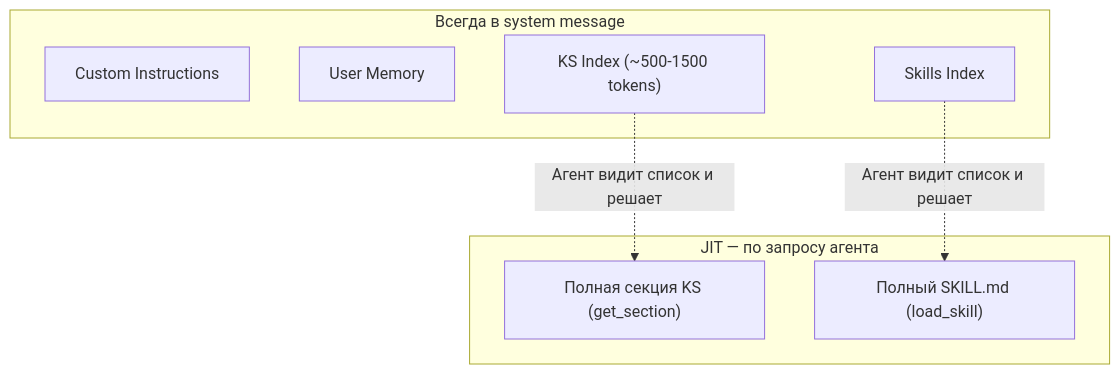
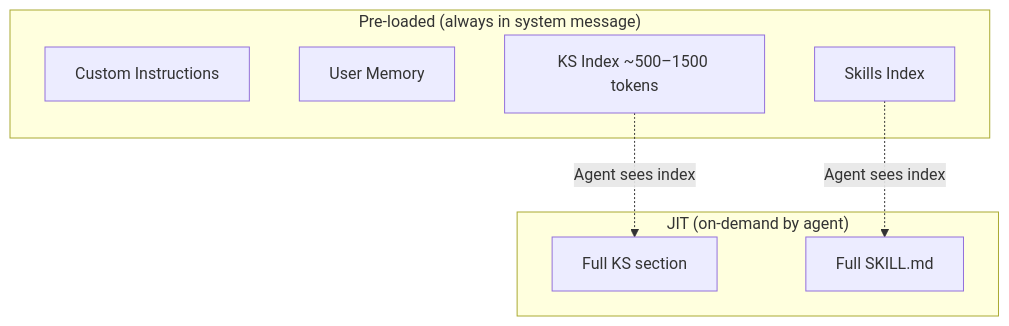
Before and after one commit to Bbar0n234/learnflow-ai: the third of 4 diagrams in doc/tech/agent-runtime.md, drawn with Mermaid. The commit also changed other lines of this file and 2 other files, not shown here.

````diff
--- a/doc/tech/agent-runtime.md
+++ b/doc/tech/agent-runtime.md
@@ -130,17 +130,17 @@
 ```mermaid
 graph TD
-    subgraph "Всегда в system message"
+    subgraph "Pre-loaded (always in system message)"
         CI["Custom Instructions"]
         UM["User Memory"]
-        KSI["KS Index (~500-1500 tokens)"]
+        KSI["KS Index ~500–1500 tokens"]
         SI["Skills Index"]
     end
 
-    subgraph "JIT — по запросу агента"
-        KSF["Полная секция KS (get_section)"]
-        SKL["Полный SKILL.md (load_skill)"]
+    subgraph "JIT (on-demand by agent)"
+        KSF["Full KS section"]
+        SKL["Full SKILL.md"]
     end
 
-    KSI -.->|"Агент видит список и решает"| KSF
-    SI -.->|"Агент видит список и решает"| SKL
+    KSI -.->|"Agent sees index"| KSF
+    SI -.->|"Agent sees index"| SKL
 ```
````
